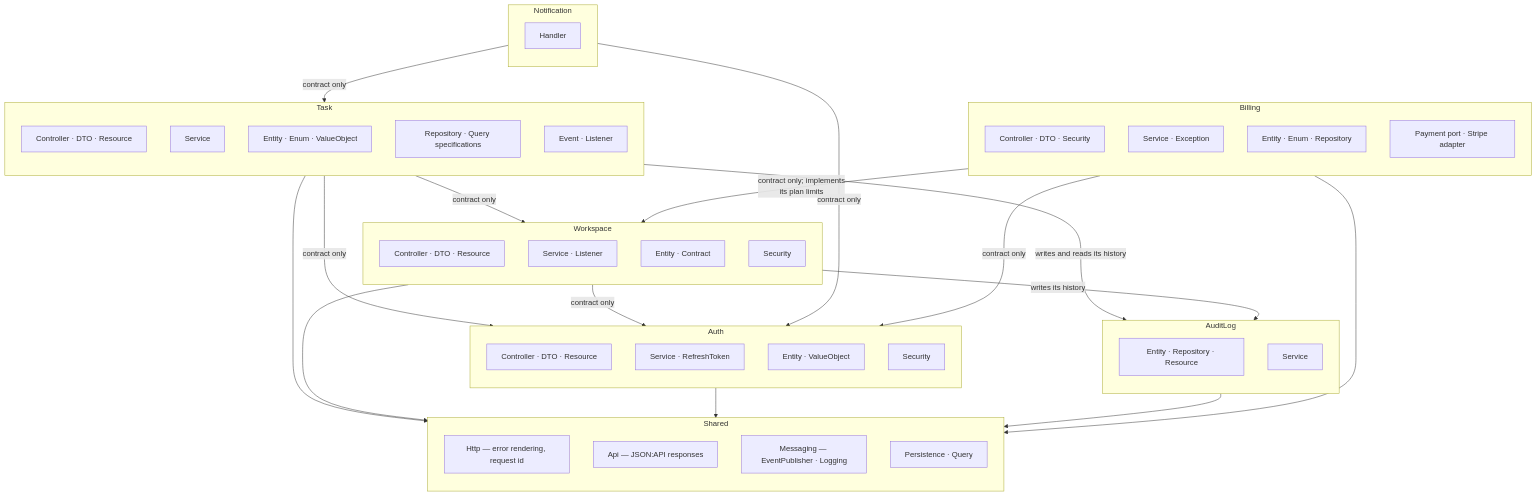
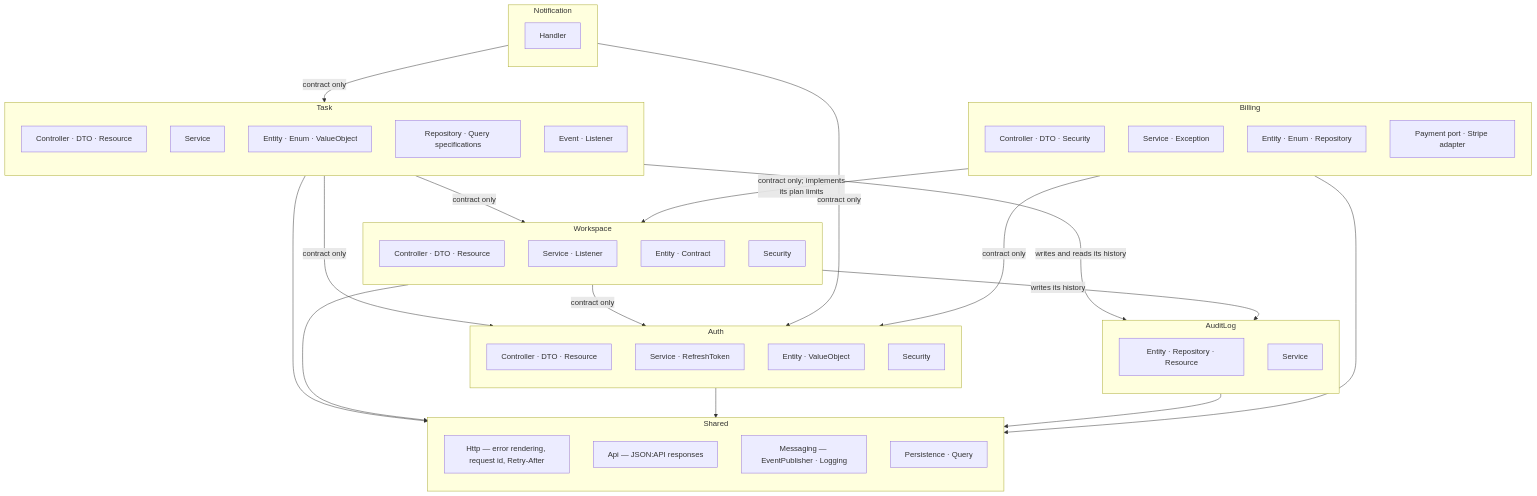
The third of 6 diagrams in docs/architecture.md (NikitaSomik/symfony-todo-app), drawn with Mermaid before and after one commit. The commit also changed 5 other files, not shown here.

````diff
--- a/docs/architecture.md
+++ b/docs/architecture.md
@@ -87,69 +87,69 @@
 ```mermaid
 flowchart TB
     subgraph Task
         direction TB
         t1[Controller · DTO · Resource]
         t2[Service]
         t3[Entity · Enum · ValueObject]
         t4[Repository · Query specifications]
         t5[Event · Listener]
     end
 
     subgraph Auth
         direction TB
         a1[Controller · DTO · Resource]
         a2[Service · RefreshToken]
         a3[Entity · ValueObject]
         a4[Security]
     end
 
     subgraph Workspace
         direction TB
         w1[Controller · DTO · Resource]
         w2[Service · Listener]
         w3[Entity · Contract]
         w4[Security]
     end
 
     subgraph AuditLog
         direction TB
         l1[Entity · Repository · Resource]
         l2[Service]
     end
 
     subgraph Notification
         direction TB
         n1[Handler]
     end
 
     subgraph Billing
         direction TB
         b1[Controller · DTO · Security]
         b2[Service · Exception]
         b3[Entity · Enum · Repository]
         b4[Payment port · Stripe adapter]
     end
 
     subgraph Shared
         direction TB
-        s1[Http — error rendering, request id]
+        s1[Http — error rendering, request id, Retry-After]
         s2[Api — JSON:API responses]
         s3[Messaging — EventPublisher · Logging]
         s4[Persistence · Query]
     end
 
     Task -->|contract only| Auth
     Task -->|contract only| Workspace
     Task -->|writes and reads its history| AuditLog
     Workspace -->|contract only| Auth
     Workspace -->|writes its history| AuditLog
     Notification -->|contract only| Task
     Notification -->|contract only| Auth
     Billing -->|contract only; implements<br/>its plan limits| Workspace
     Billing -->|contract only| Auth
     Task --> Shared
     Workspace --> Shared
     Auth --> Shared
     AuditLog --> Shared
     Billing --> Shared
 ```
````
